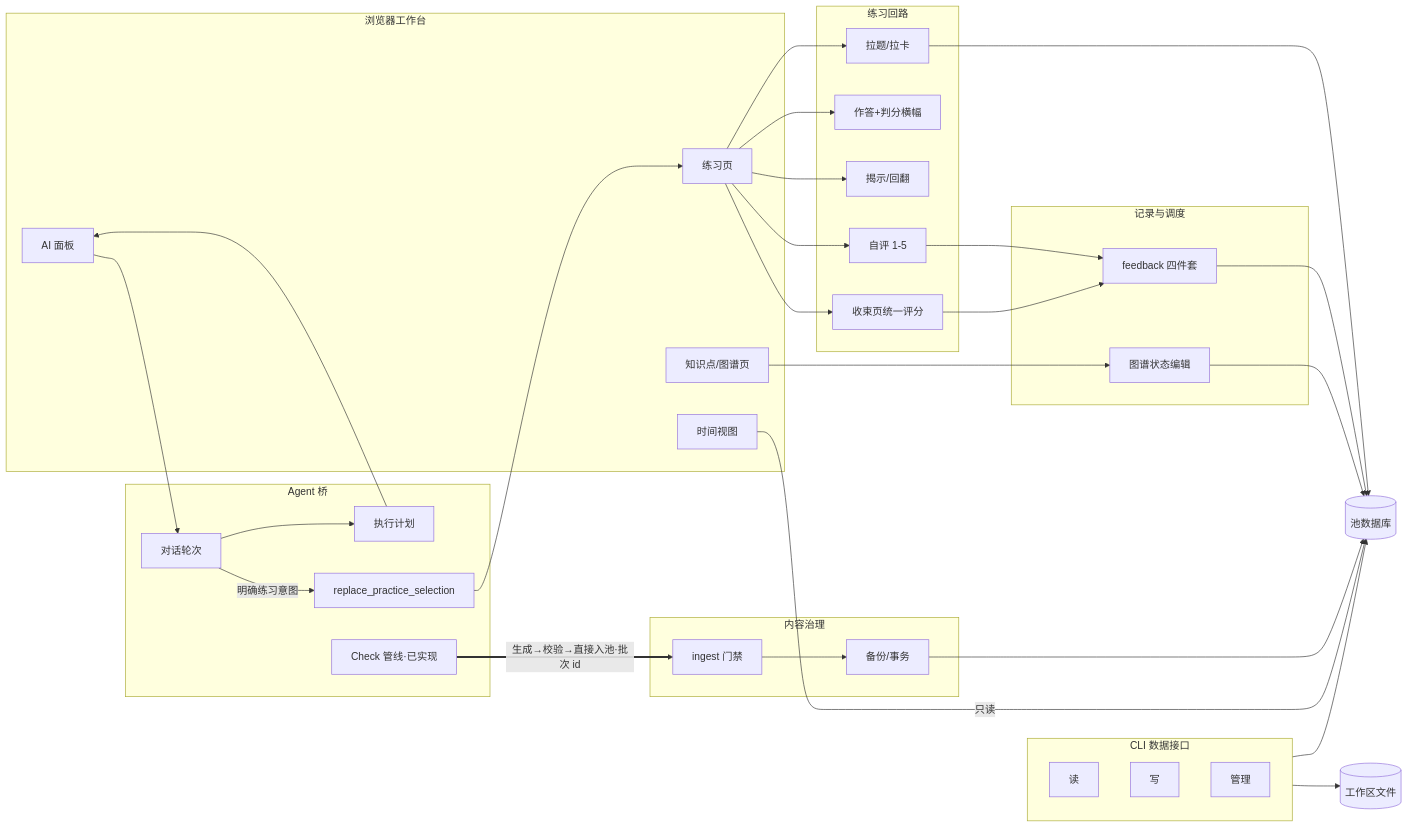
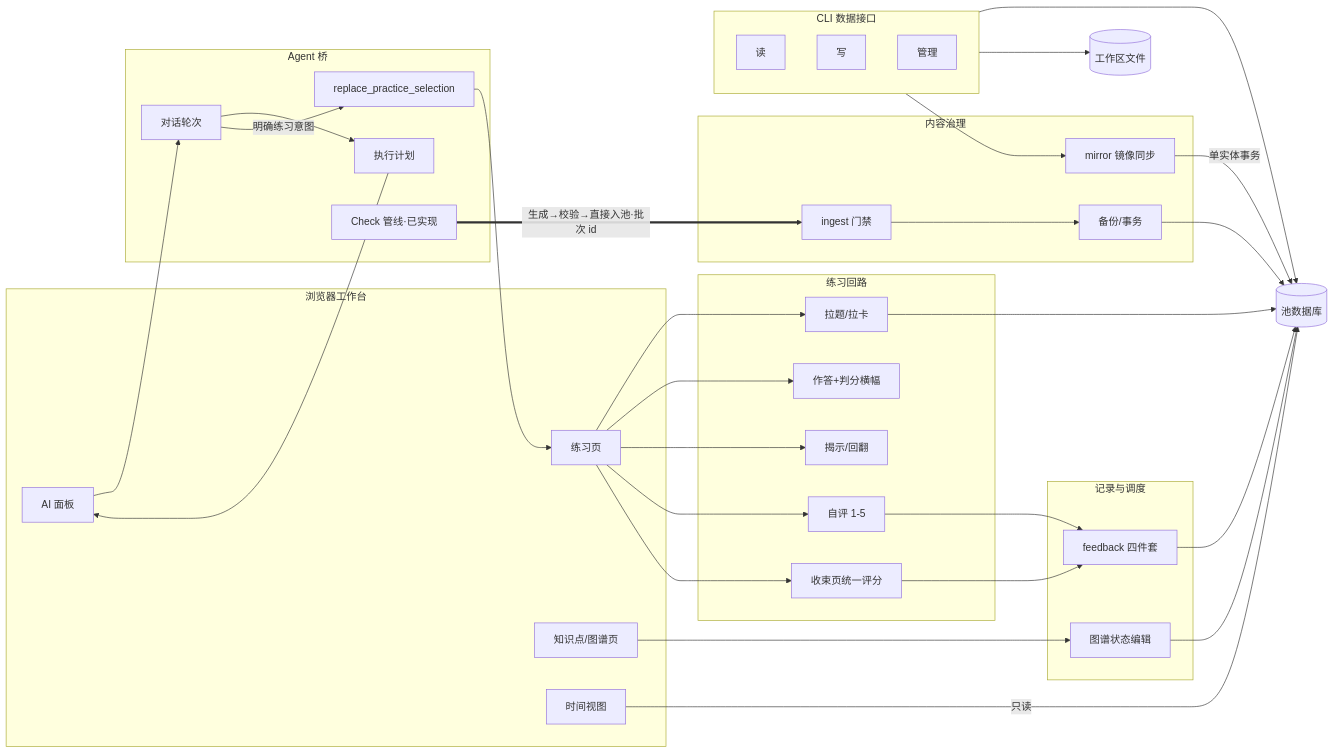
Before and after one commit to Amazinnn/Lesson-Kit: the diagram in docs/ACTION-GRAPH.md, drawn with Mermaid. The commit also changed other lines of this file and 12 other files, not shown here.

````diff
--- a/docs/ACTION-GRAPH.md
+++ b/docs/ACTION-GRAPH.md
@@ -39,48 +39,50 @@
 ```mermaid
 flowchart LR
   subgraph UI[浏览器工作台]
     P[练习页]
     K[知识点/图谱页]
     T[时间视图]
     A[AI 面板]
   end
   subgraph LOOP[练习回路]
     PULL[拉题/拉卡]
     ANS[作答+判分横幅]
     REV[揭示/回翻]
     RATE[自评 1-5]
     END[收束页统一评分]
   end
   subgraph REC[记录与调度]
     FB[feedback 四件套]
     GSTATE[图谱状态编辑]
   end
   subgraph GOV[内容治理]
     ING[ingest 门禁]
     BK[备份/事务]
+    MIR[mirror 镜像同步]
   end
   subgraph BR[Agent 桥]
     CONV[对话轮次]
     PLAN[执行计划]
     SEL[replace_practice_selection]
     CHK[Check 管线·已实现]
   end
   subgraph CLI[CLI 数据接口]
     Q[读]
     W[写]
     ADM[管理]
   end
   DB[(池数据库)]
   FS[(工作区文件)]
 
   P --> PULL & ANS & REV & RATE & END
   PULL --> DB
   RATE & END --> FB --> DB
   K --> GSTATE --> DB
   A --> CONV
   CONV --> PLAN --> A
   CONV -->|明确练习意图| SEL --> P
   CHK ==>|生成→校验→直接入池·批次 id| ING --> BK --> DB
+  CLI --> MIR -->|单实体事务| DB
   CLI --> DB & FS
   T -->|只读| DB
 ```
````
